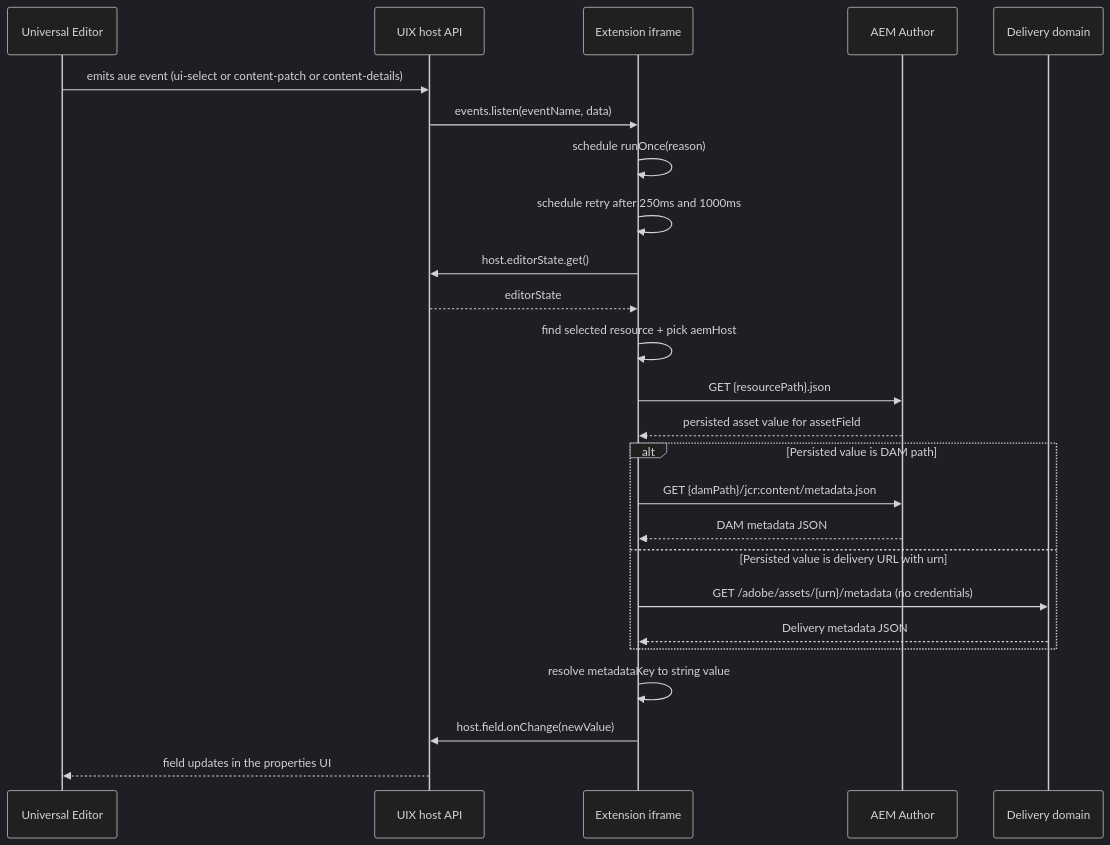
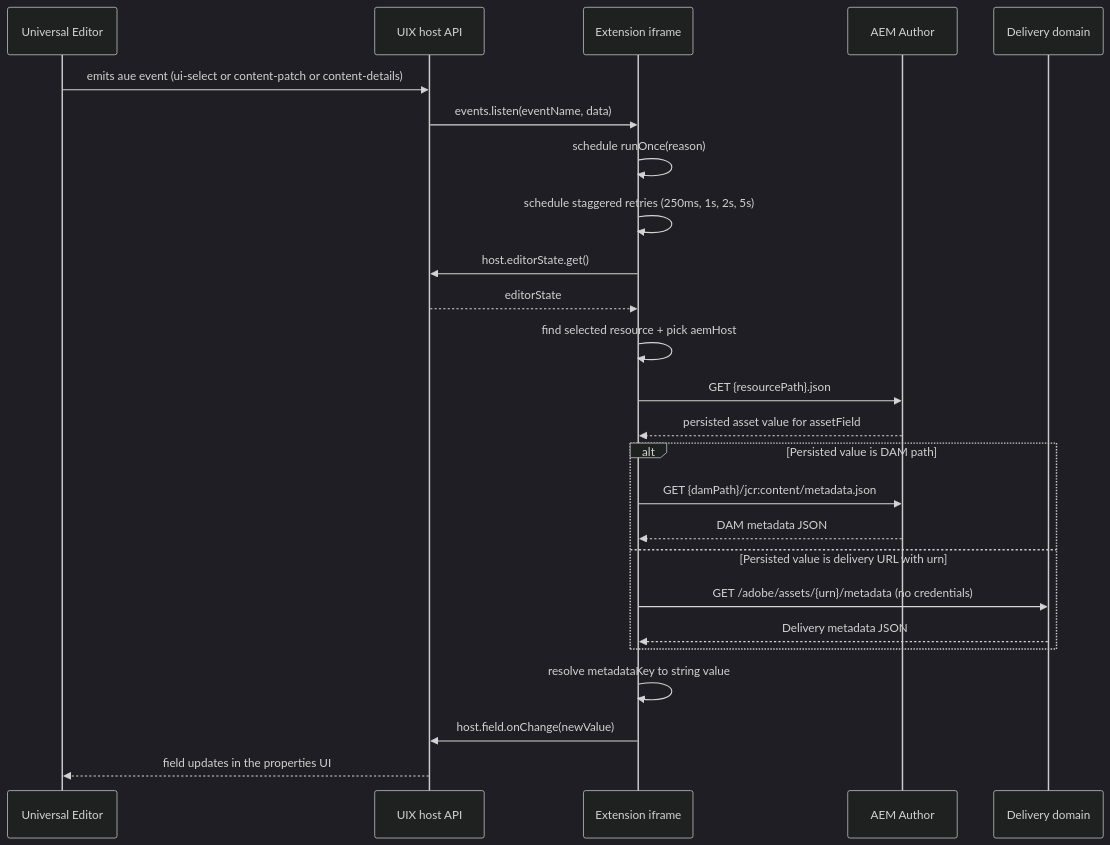
The diagram in docs/diagrams/02-runtime-flow-sequence.md (holmsj/ue-metadata-default-datatype), drawn with Mermaid (dark theme) before and after one commit. The commit also changed 8 other files, not shown here.

````diff
--- a/docs/diagrams/02-runtime-flow-sequence.md
+++ b/docs/diagrams/02-runtime-flow-sequence.md
@@ -3,33 +3,33 @@
 ```mermaid
 sequenceDiagram
   participant UE as Universal Editor
   participant HOST as UIX host API
   participant EXT as Extension iframe
   participant AUTHOR as AEM Author
   participant DEL as Delivery domain
 
   UE->>HOST: emits aue event (ui-select or content-patch or content-details)
   HOST->>EXT: events.listen(eventName, data)
 
   EXT->>EXT: schedule runOnce(reason)
-  EXT->>EXT: schedule retry after 250ms and 1000ms
+  EXT->>EXT: schedule staggered retries (250ms, 1s, 2s, 5s)
 
   EXT->>HOST: host.editorState.get()
   HOST-->>EXT: editorState
 
   EXT->>EXT: find selected resource + pick aemHost
   EXT->>AUTHOR: GET {resourcePath}.json
   AUTHOR-->>EXT: persisted asset value for assetField
 
   alt Persisted value is DAM path
     EXT->>AUTHOR: GET {damPath}/jcr:content/metadata.json
     AUTHOR-->>EXT: DAM metadata JSON
   else Persisted value is delivery URL with urn
     EXT->>DEL: GET /adobe/assets/{urn}/metadata (no credentials)
     DEL-->>EXT: Delivery metadata JSON
   end
 
   EXT->>EXT: resolve metadataKey to string value
   EXT->>HOST: host.field.onChange(newValue)
   HOST-->>UE: field updates in the properties UI
 ```
````
